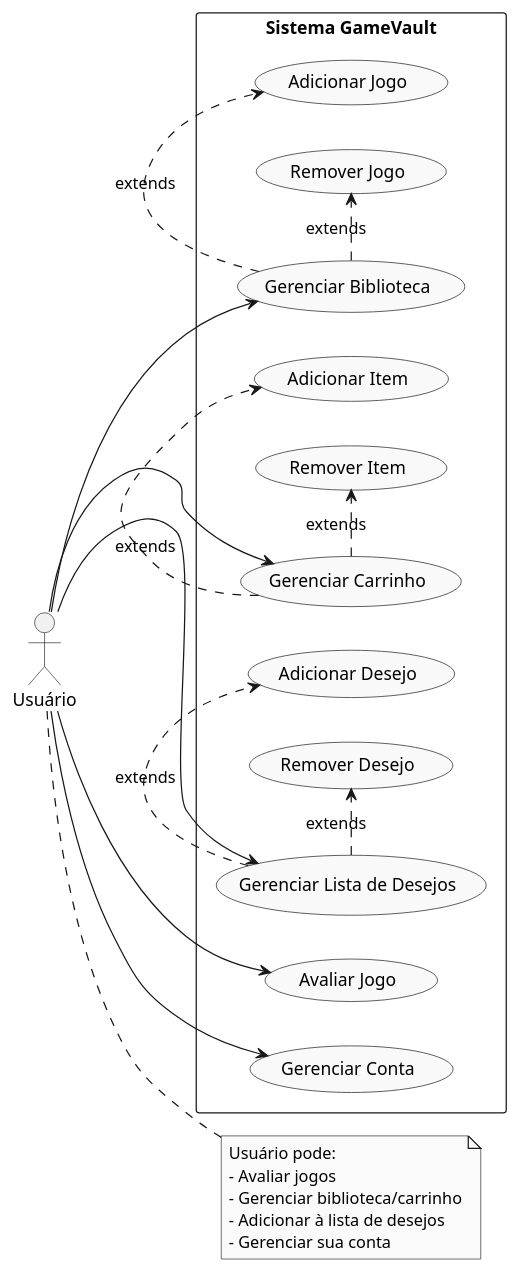
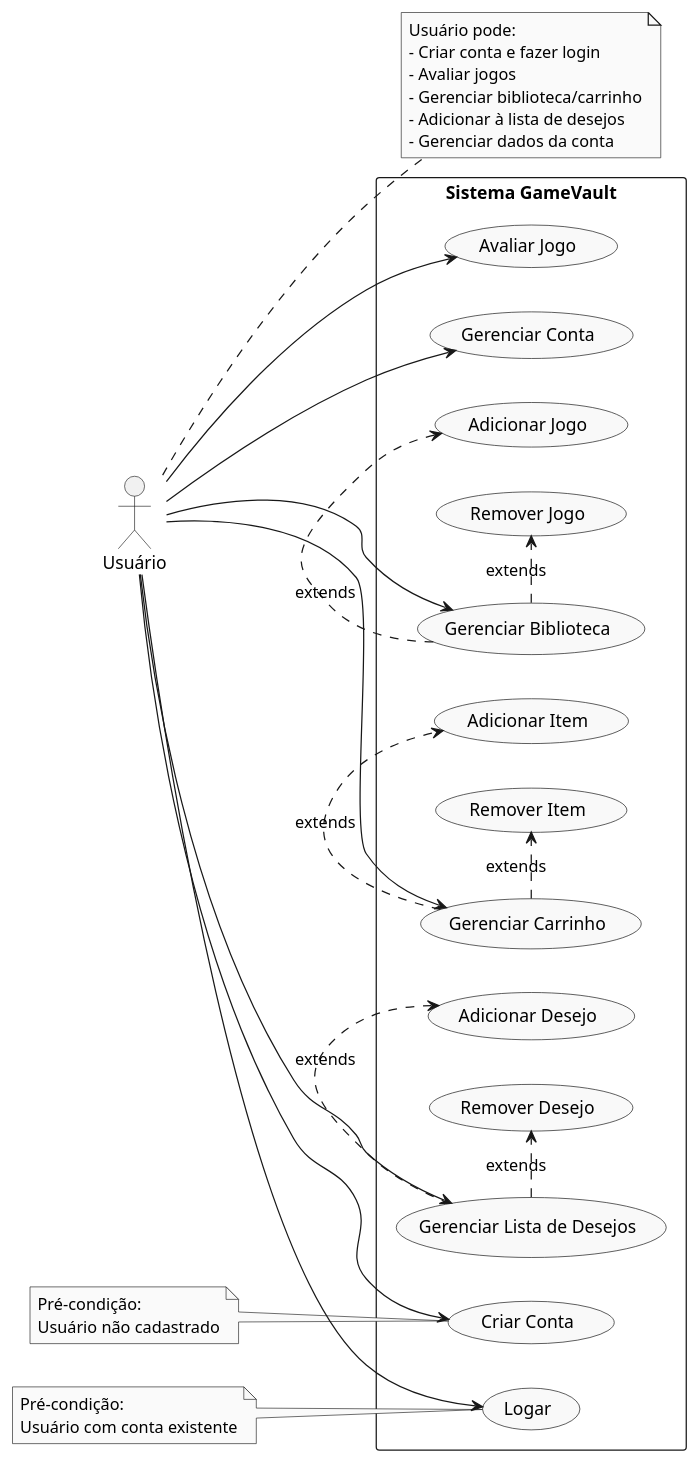
The diagram in diagramas/casosUso.puml (fatec-project/lm-projeto-interdisciplinar-sem-5), drawn with PlantUML before and after one commit.

Commit message:
Adiciona casos de uso Criar conta e Logar no diagrama de casos de uso

```diff
--- a/diagramas/casosUso.puml
+++ b/diagramas/casosUso.puml
@@ -1,39 +1,54 @@
 @startuml casosUso
 left to right direction
 skinparam monochrome true
 skinparam usecase {
   BackgroundColor #F9F9F9
   BorderColor #000000
 }
 
 actor Usuário
 
 rectangle "Sistema GameVault" {
+  (Criar Conta) as UC6
+  (Logar) as UC7
   (Avaliar Jogo) as UC1
   (Gerenciar Biblioteca) as UC2
   (Gerenciar Carrinho) as UC3
   (Gerenciar Lista de Desejos) as UC4
   (Gerenciar Conta) as UC5
   
   UC2 .> (Adicionar Jogo) : extends
   UC2 .> (Remover Jogo) : extends
   UC3 .> (Adicionar Item) : extends
   UC3 .> (Remover Item) : extends
   UC4 .> (Adicionar Desejo) : extends
   UC4 .> (Remover Desejo) : extends
   
+  Usuário --> UC6
+  Usuário --> UC7
   Usuário --> UC1
   Usuário --> UC2
   Usuário --> UC3
   Usuário --> UC4
   Usuário --> UC5
 }
 
 note right of Usuário
   Usuário pode:
+  - Criar conta e fazer login
   - Avaliar jogos
   - Gerenciar biblioteca/carrinho
   - Adicionar à lista de desejos
-  - Gerenciar sua conta
+  - Gerenciar dados da conta
+end note
+
+note left of UC6
+  Pré-condição:
+  Usuário não cadastrado
+end note
+
+note left of UC7
+  Pré-condição:
+  Usuário com conta existente
 end note
 @enduml
```
